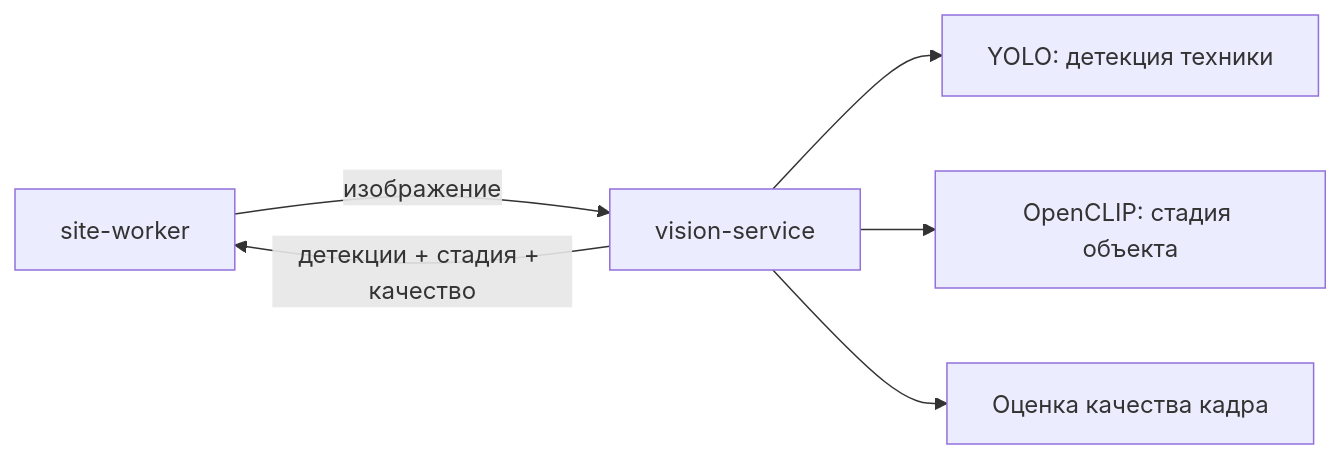
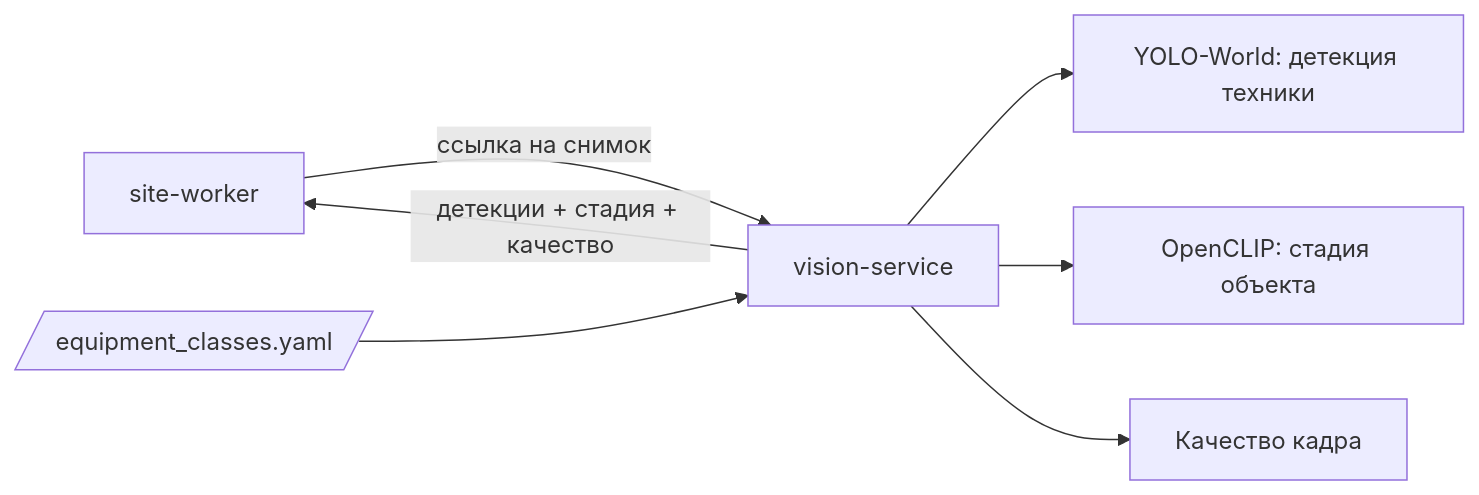
Before and after one commit to cerXXXX/ConstructionSupervision: the diagram in services/vision-service/README.md, drawn with Mermaid. The commit also changed other lines of this file and 45 other files, not shown here.

````diff
--- a/services/vision-service/README.md
+++ b/services/vision-service/README.md
@@ -16,8 +15,9 @@
 ```mermaid
 flowchart LR
-    W["site-worker"] -->|"изображение"| VIS["vision-service"]
-    VIS --> DET["YOLO: детекция техники"]
+    W["site-worker"] -->|"ссылка на снимок"| VIS["vision-service"]
+    VIS --> DET["YOLO-World: детекция техники"]
     VIS --> STG["OpenCLIP: стадия объекта"]
-    VIS --> QLT["Оценка качества кадра"]
+    VIS --> QLT["Качество кадра"]
+    CL[/"equipment_classes.yaml"/] --> VIS
     VIS -->|"детекции + стадия + качество"| W
 ```
````
